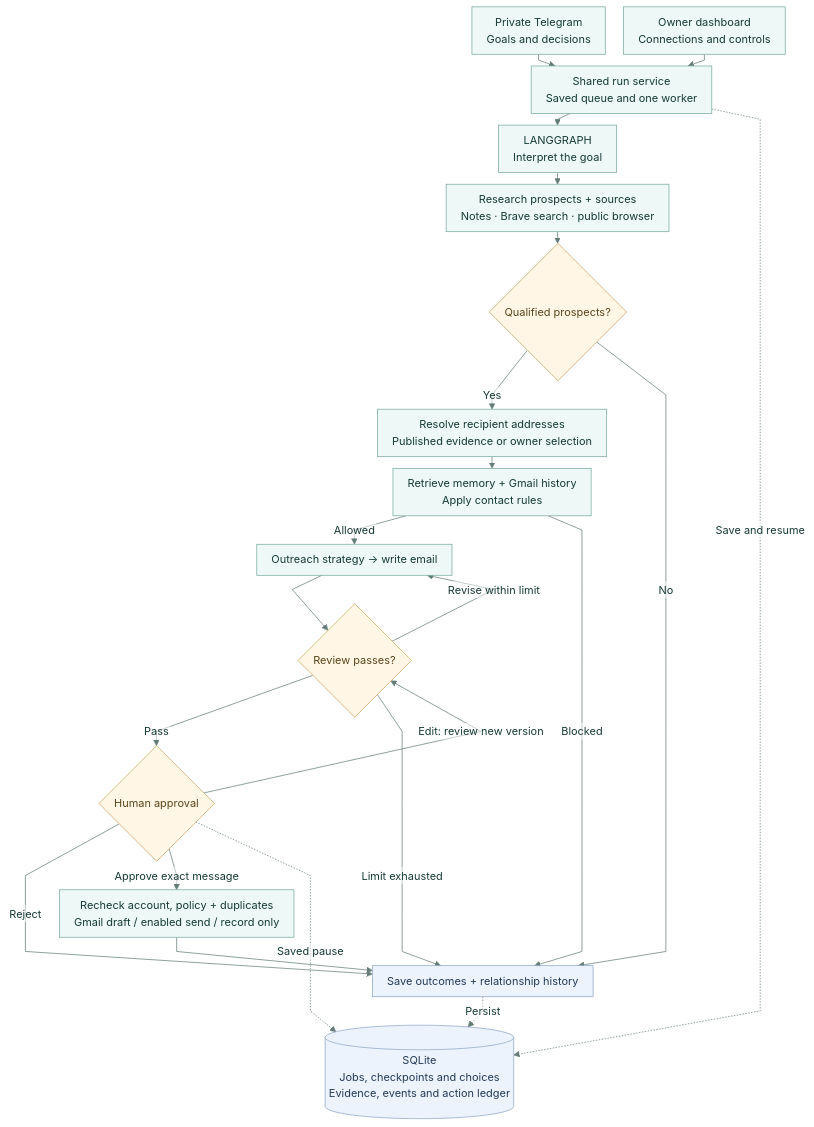
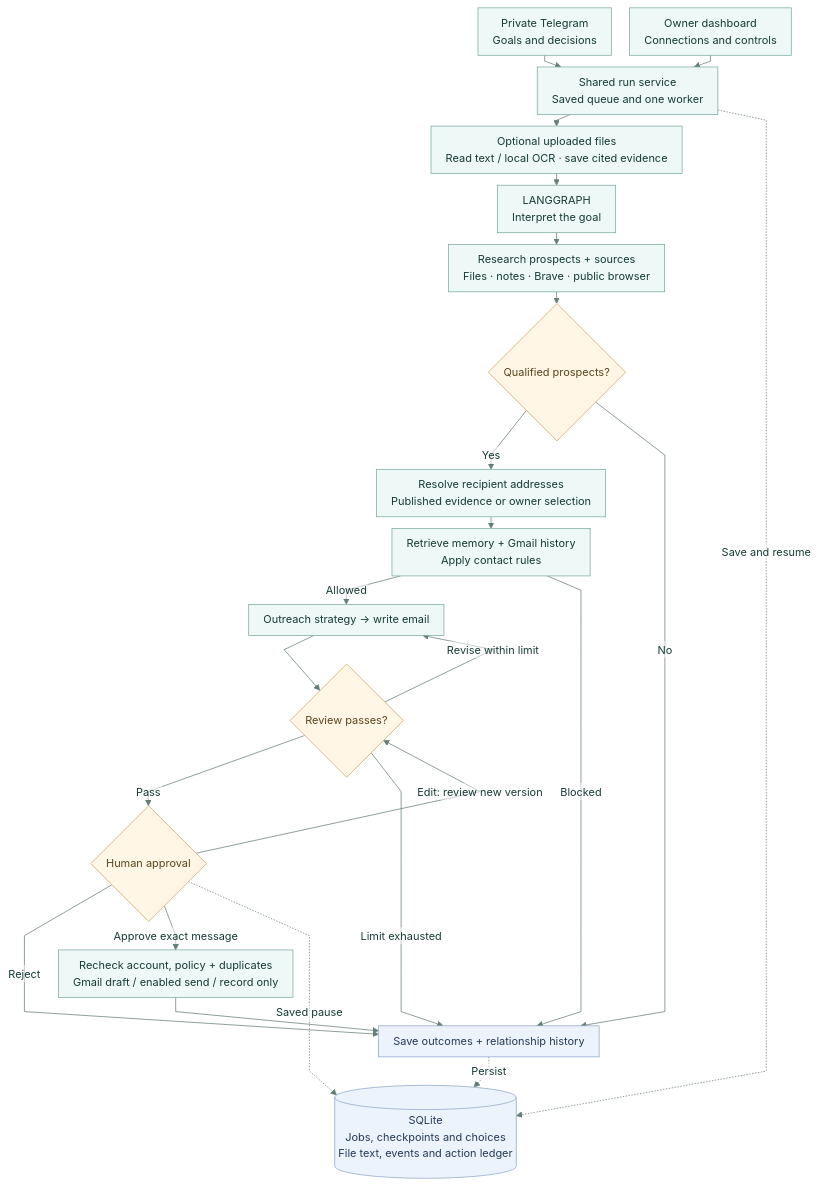
One commit to rutujashingate/outreach-agent changed the diagram in docs/assets/workflow.mmd. Above: the diagram before and after it, drawn with Mermaid. The commit also changed 40 other files, not shown here.

Commit message:
Add document and image reading to Telegram outreach research

```diff
--- a/docs/assets/workflow.mmd
+++ b/docs/assets/workflow.mmd
@@ -1,49 +1,50 @@
 ---
 config:
   theme: base
   fontFamily: Arial
   themeCSS: 'text, tspan { font-family: Arial, Helvetica, sans-serif !important; }'
   themeVariables:
     fontSize: 15px
     primaryColor: '#eef8f6'
     primaryBorderColor: '#78aaa0'
     primaryTextColor: '#163b36'
     lineColor: '#657d78'
     edgeLabelBackground: '#ffffff'
   flowchart:
     htmlLabels: false
     curve: linear
     nodeSpacing: 25
     rankSpacing: 16
     padding: 10
     wrappingWidth: 380
 ---
 flowchart TD
     accTitle: One outreach workflow shared by Telegram and the dashboard
-    accDescr: A goal enters through private Telegram or the owner dashboard. Both use a durable job queue and one worker running LangGraph. The workflow interprets the goal, researches evidence with Brave and a public browser, qualifies prospects, resolves recipient addresses, checks memory and contact policy, creates a strategy, writes and reviews email, pauses for human approval, and records an approved Gmail action. Edits return to review; blocked or rejected work ends with a saved outcome. SQLite holds progress, decisions, and events for both interfaces.
+    accDescr: A goal and optional files enter through private Telegram or the owner dashboard. Local extraction reads document text and OCR before file evidence guides interpretation and research. Both use a durable job queue and one worker running LangGraph. The workflow interprets the goal, researches evidence with Brave and a public browser, qualifies prospects, resolves recipient addresses, checks memory and contact policy, creates a strategy, writes and reviews email, pauses for human approval, and records an approved Gmail action. Edits return to review; blocked or rejected work ends with a saved outcome. SQLite holds progress, decisions, and events for both interfaces.
     telegram["Private Telegram<br/>Goals and decisions"] --> service["Shared run service<br/>Saved queue and one worker"]
     dashboard["Owner dashboard<br/>Connections and controls"] --> service
-    service --> goal["LANGGRAPH<br/>Interpret the goal"]
-    goal --> research["Research prospects + sources<br/>Notes · Brave search · public browser"]
+    service --> files["Optional uploaded files<br/>Read text / local OCR · save cited evidence"]
+    files --> goal["LANGGRAPH<br/>Interpret the goal"]
+    goal --> research["Research prospects + sources<br/>Files · notes · Brave · public browser"]
     research --> qualification{"Qualified prospects?"}
     qualification -->|Yes| recipients["Resolve recipient addresses<br/>Published evidence or owner selection"]
     qualification -->|No| outcome["Save outcomes + relationship history"]
     recipients --> memory["Retrieve memory + Gmail history<br/>Apply contact rules"]
     memory -->|Allowed| strategy["Outreach strategy → write email"]
     memory -->|Blocked| outcome
     strategy --> review{"Review passes?"}
     review -->|Pass| approval{"Human approval"}
     review -->|Revise within limit| strategy
     review -->|Limit exhausted| outcome
     approval -->|Edit: review new version| review
     approval -->|Reject| outcome
     approval -->|Approve exact message| action["Recheck account, policy + duplicates<br/>Gmail draft / enabled send / record only"]
     action --> outcome
-    store[("SQLite<br/>Jobs, checkpoints and choices<br/>Evidence, events and action ledger")]
+    store[("SQLite<br/>Jobs, checkpoints and choices<br/>File text, events and action ledger")]
     service -. Save and resume .-> store
     approval -. Saved pause .-> store
     outcome -. Persist .-> store
     classDef decision fill:#fff6e6,stroke:#caa65d,color:#5b451b;
     classDef storage fill:#edf3fc,stroke:#8da6c7,color:#243b58;
     class qualification,review,approval decision;
     class store,outcome storage;
```
